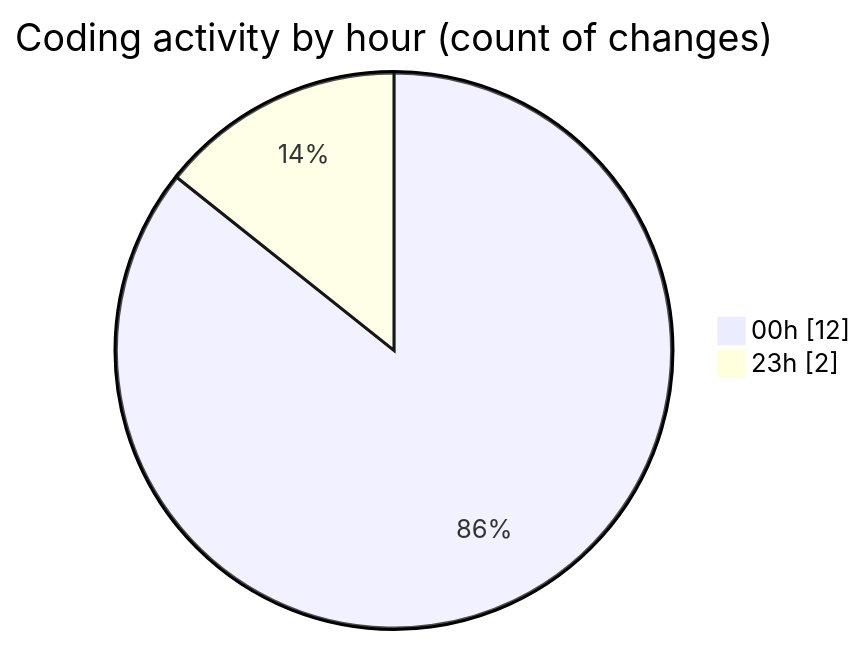
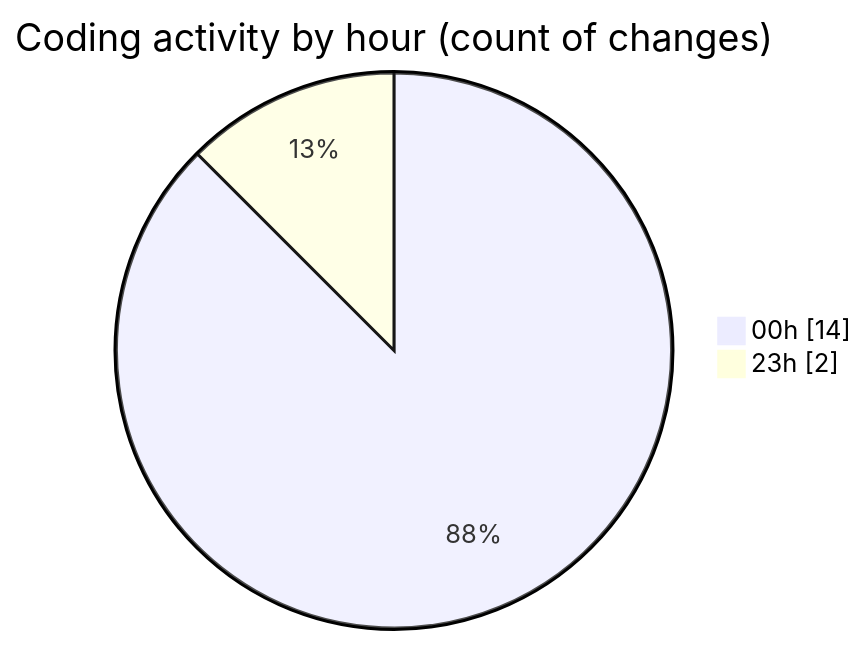
One commit to julien-gomy/code-tracking changed the second of 2 diagrams in 2025-10-10/eventscop-frontend-guide__workspace_/README.md. Above: the diagram before and after it, drawn with Mermaid. The commit also changed other lines of this file and 1 other file, not shown here.

````diff
--- a/2025-10-10/eventscop-frontend-guide__workspace_/README.md
+++ b/2025-10-10/eventscop-frontend-guide__workspace_/README.md
@@ -29,6 +29,6 @@
 ```mermaid
 pie showData
 title Coding activity by hour (count of changes)
-"00h" : 12
+"00h" : 14
 "23h" : 2
 ```
````
